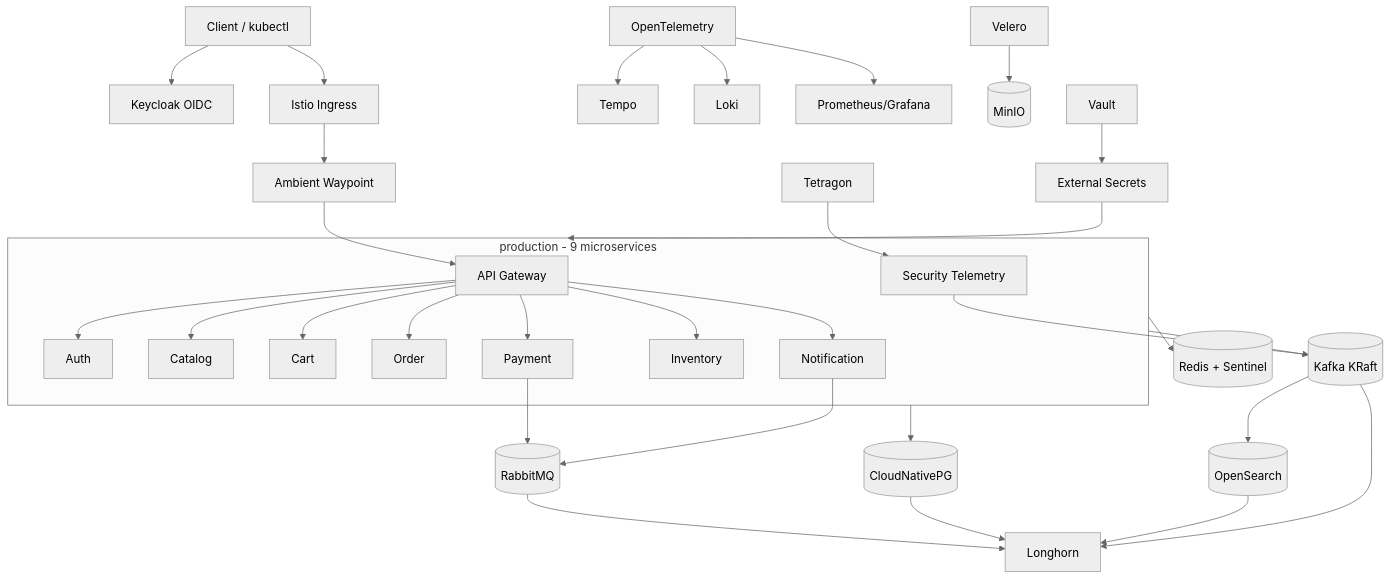
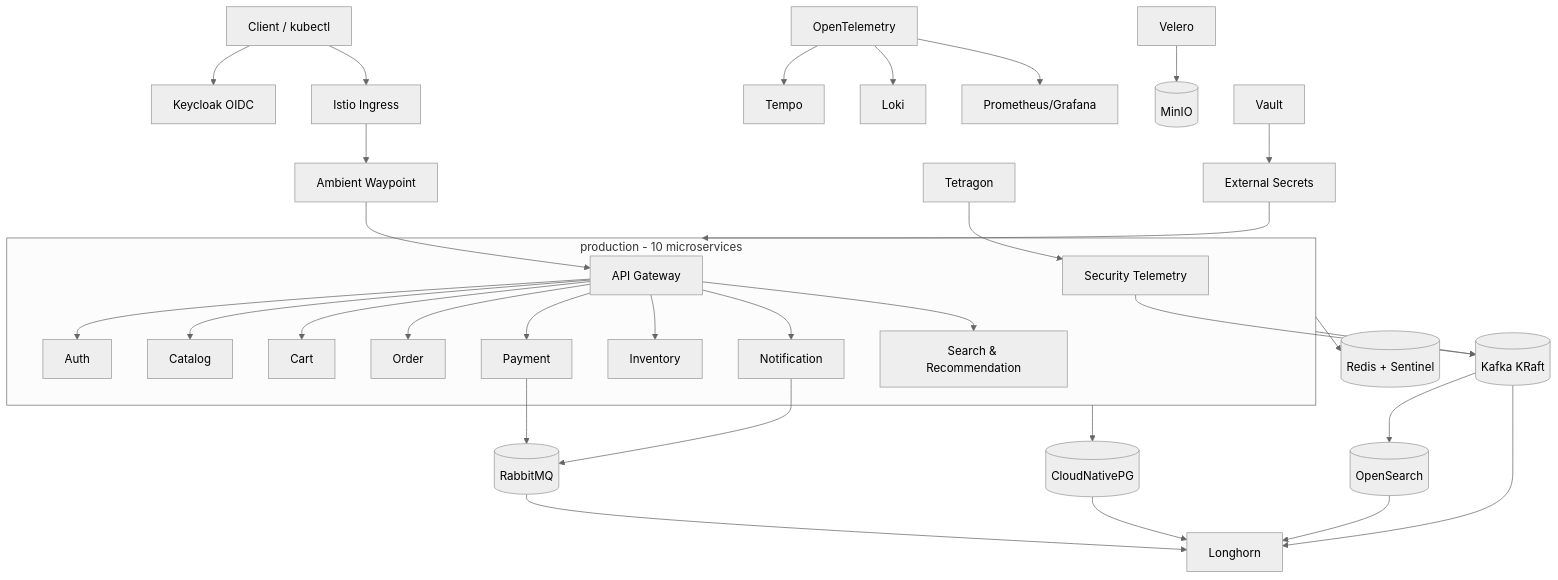
The diagram in AIMS_KUBERNETES_DEPLOYMENT_REPORT.md (tndat-dev/An-Internet-Media-Store), drawn with Mermaid (neutral theme) before and after one commit. The commit also changed other lines of this file and 4 other files, not shown here.

````diff
--- a/AIMS_KUBERNETES_DEPLOYMENT_REPORT.md
+++ b/AIMS_KUBERNETES_DEPLOYMENT_REPORT.md
@@ -63,39 +63,40 @@
 ```mermaid
 flowchart TB
   U[Client / kubectl] --> KC[Keycloak OIDC]
   U --> IG[Istio Ingress]
   IG --> WP[Ambient Waypoint]
   WP --> API[API Gateway]
 
-  subgraph APP[production - 9 microservices]
+  subgraph APP[production - 10 microservices]
     API --> AUTH[Auth]
     API --> CAT[Catalog]
     API --> CART[Cart]
     API --> ORD[Order]
     API --> PAY[Payment]
     API --> INV[Inventory]
     API --> NOTI[Notification]
+    API --> SEARCH[Search & Recommendation]
     SEC[Security Telemetry]
   end
 
   APP --> PG[(CloudNativePG)]
   APP --> REDIS[(Redis + Sentinel)]
   APP --> KAFKA[(Kafka KRaft)]
   PAY --> RMQ[(RabbitMQ)]
   NOTI --> RMQ
 
   TET[Tetragon] --> SEC
   SEC --> KAFKA
   KAFKA --> OS[(OpenSearch)]
   OTEL[OpenTelemetry] --> TEMPO[Tempo]
   OTEL --> LOKI[Loki]
   OTEL --> PROM[Prometheus/Grafana]
 
   PG --> LH[Longhorn]
   KAFKA --> LH
   RMQ --> LH
   OS --> LH
   VEL[Velero] --> MINIO[(MinIO)]
   VAULT[Vault] --> ESO[External Secrets]
   ESO --> APP
 ```
````
